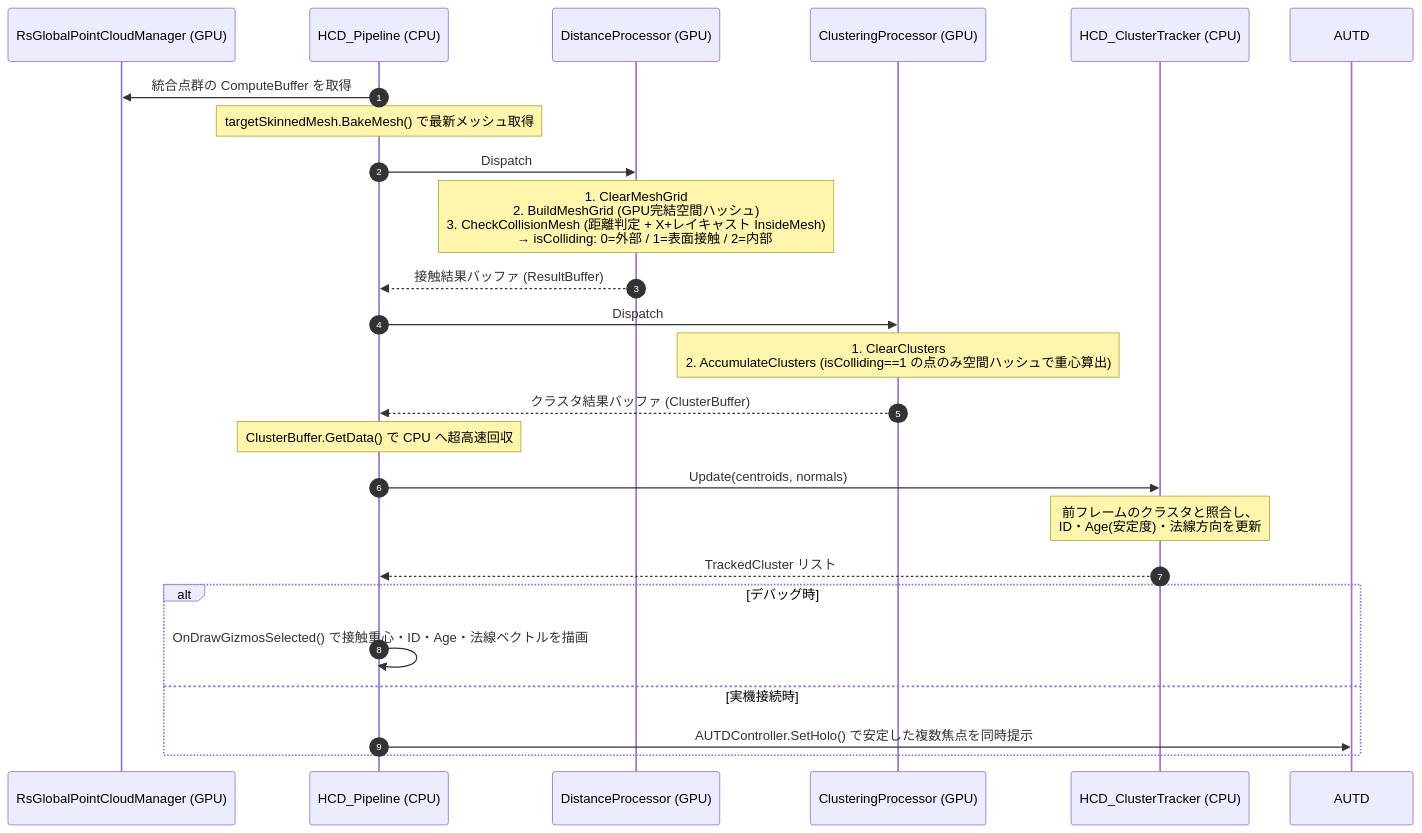
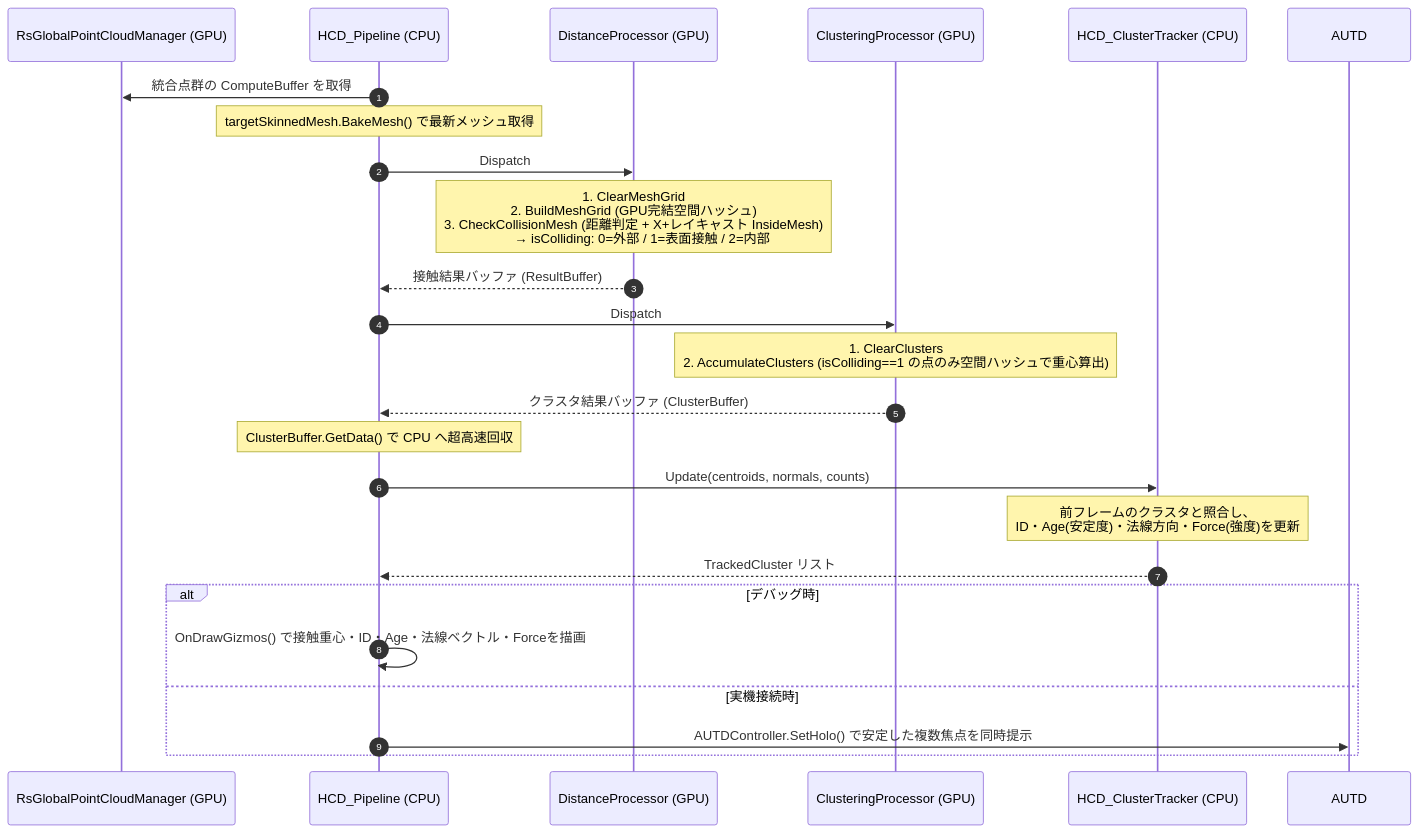
The diagram in Docs/Collision.md (kotetsuOU/HandTrakingDemo), drawn with Mermaid before and after one commit. The commit also changed other lines of this file and 6 other files, not shown here.

````diff
--- a/Docs/Collision.md
+++ b/Docs/Collision.md
@@ -173,31 +194,31 @@
 ```mermaid
 sequenceDiagram
     autonumber
     participant Global as RsGlobalPointCloudManager (GPU)
     participant Pipeline as HCD_Pipeline (CPU)
     participant Dist as DistanceProcessor (GPU)
     participant Clust as ClusteringProcessor (GPU)
     participant Tracker as HCD_ClusterTracker (CPU)
 
     Pipeline->>Global: 統合点群の ComputeBuffer を取得
     Note over Pipeline: targetSkinnedMesh.BakeMesh() で最新メッシュ取得
     
     Pipeline->>Dist: Dispatch
     Note over Dist: 1. ClearMeshGrid<br/>2. BuildMeshGrid (GPU完結空間ハッシュ)<br/>3. CheckCollisionMesh (距離判定 + X+レイキャスト InsideMesh)<br/>　 → isColliding: 0=外部 / 1=表面接触 / 2=内部
     Dist-->>Pipeline: 接触結果バッファ (ResultBuffer)
     
     Pipeline->>Clust: Dispatch
     Note over Clust: 1. ClearClusters<br/>2. AccumulateClusters (isColliding==1 の点のみ空間ハッシュで重心算出)
     Clust-->>Pipeline: クラスタ結果バッファ (ClusterBuffer)
     
     Note over Pipeline: ClusterBuffer.GetData() で CPU へ超高速回収
-    Pipeline->>Tracker: Update(centroids, normals)
-    Note over Tracker: 前フレームのクラスタと照合し、<br/>ID・Age(安定度)・法線方向を更新
+    Pipeline->>Tracker: Update(centroids, normals, counts)
+    Note over Tracker: 前フレームのクラスタと照合し、<br/>ID・Age(安定度)・法線方向・Force(強度)を更新
     Tracker-->>Pipeline: TrackedCluster リスト
 
     alt デバッグ時
-        Pipeline->>Pipeline: OnDrawGizmosSelected() で接触重心・ID・Age・法線ベクトルを描画
+        Pipeline->>Pipeline: OnDrawGizmos() で接触重心・ID・Age・法線ベクトル・Forceを描画
     else 実機接続時
         Pipeline->>AUTD: AUTDController.SetHolo() で安定した複数焦点を同時提示
     end
 ```
````
